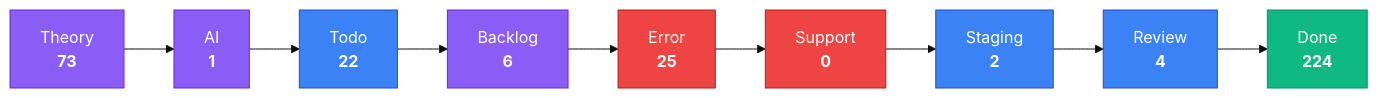
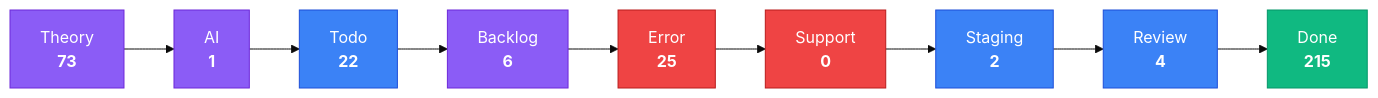
The third of 4 diagrams in apps/kbve/astro-kbve/src/content/docs/dashboard/kanban-data.mdx (KBVE/kbve), drawn with Mermaid (base theme) before and after one commit. The commit also changed other lines of this file and 8 other files, not shown here.

````diff
--- a/apps/kbve/astro-kbve/src/content/docs/dashboard/kanban-data.mdx
+++ b/apps/kbve/astro-kbve/src/content/docs/dashboard/kanban-data.mdx
@@ -80,28 +80,28 @@
 ```mermaid
 flowchart LR
     classDef planning fill:#8b5cf6,stroke:#6d28d9,color:#fff
     classDef active fill:#3b82f6,stroke:#1d4ed8,color:#fff
     classDef blocked fill:#ef4444,stroke:#b91c1c,color:#fff
     classDef done fill:#10b981,stroke:#059669,color:#fff
     Theory["Theory<br/><strong>73</strong>"]
     Theory --> AI
     AI["AI<br/><strong>1</strong>"]
     AI --> Todo
     Todo["Todo<br/><strong>22</strong>"]
     Todo --> Backlog
     Backlog["Backlog<br/><strong>6</strong>"]
     Backlog --> Error
     Error["Error<br/><strong>25</strong>"]
     Error --> Support
     Support["Support<br/><strong>0</strong>"]
     Support --> Staging
     Staging["Staging<br/><strong>2</strong>"]
     Staging --> Review
     Review["Review<br/><strong>4</strong>"]
     Review --> Done
-    Done["Done<br/><strong>224</strong>"]
+    Done["Done<br/><strong>215</strong>"]
     class Theory,AI,Backlog planning
     class Todo,Staging,Review active
     class Error,Support blocked
     class Done done
 ```
````
